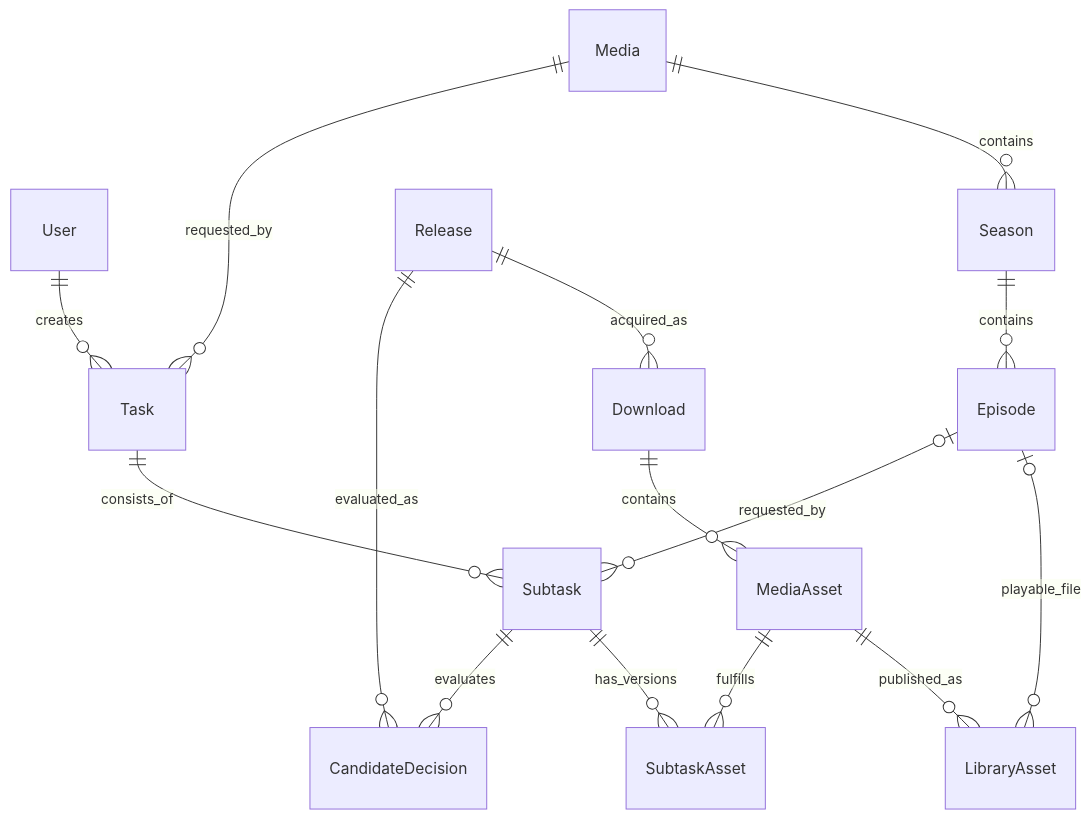
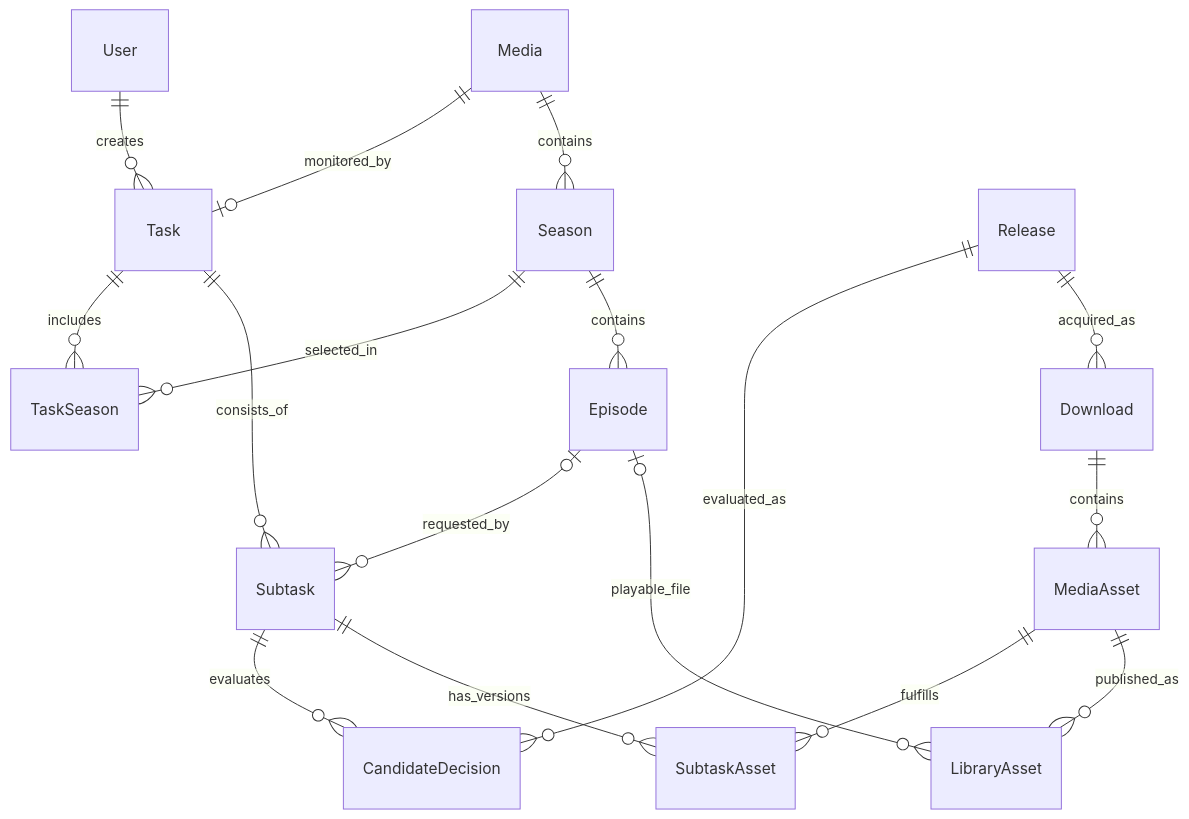
The second of 2 diagrams in docs/architecture.md (Drun555/Lazarr), drawn with Mermaid before and after one commit. The commit also changed other lines of this file and 41 other files, not shown here.

````diff
--- a/docs/architecture.md
+++ b/docs/architecture.md
@@ -35,17 +31,19 @@
 ```mermaid
 erDiagram
     User ||--o{ Task : creates
-    Media ||--o{ Task : requested_by
+    Media ||--o| Task : monitored_by
+    Task ||--o{ TaskSeason : includes
+    Season ||--o{ TaskSeason : selected_in
     Media ||--o{ Season : contains
     Season ||--o{ Episode : contains
     Task ||--o{ Subtask : consists_of
     Episode o|--o{ Subtask : requested_by
     Release ||--o{ CandidateDecision : evaluated_as
     Subtask ||--o{ CandidateDecision : evaluates
     Release ||--o{ Download : acquired_as
     Download ||--o{ MediaAsset : contains
     MediaAsset ||--o{ SubtaskAsset : fulfills
     Subtask ||--o{ SubtaskAsset : has_versions
     MediaAsset ||--o{ LibraryAsset : published_as
     Episode o|--o{ LibraryAsset : playable_file
 ```
````
